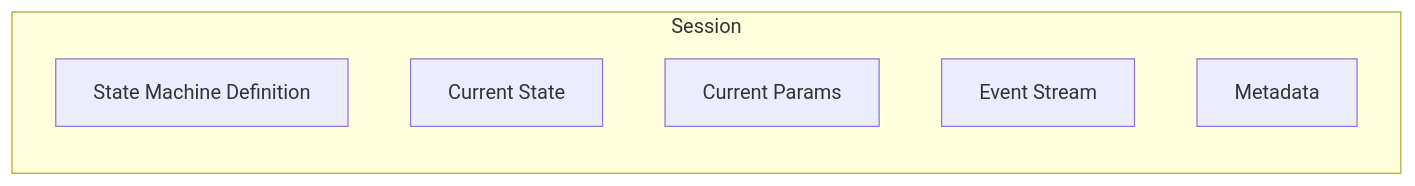
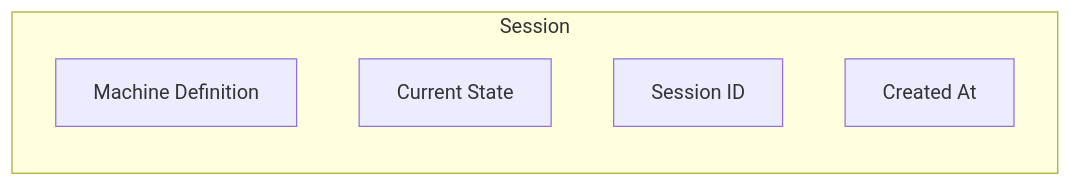
Before and after one commit to eloquentanalytics/dialai: the diagram in website/docs/concepts/sessions.md, drawn with Mermaid. The commit also changed other lines of this file and 46 other files, not shown here.

````diff
--- a/website/docs/concepts/sessions.md
+++ b/website/docs/concepts/sessions.md
@@ -19,10 +18,9 @@
 ```mermaid
 graph LR
     subgraph Session
-        D[State Machine Definition]
+        D[Machine Definition]
         C[Current State]
-        P[Current Params]
-        E[Event Stream]
-        M[Metadata]
+        I[Session ID]
+        T[Created At]
     end
 ```
````
